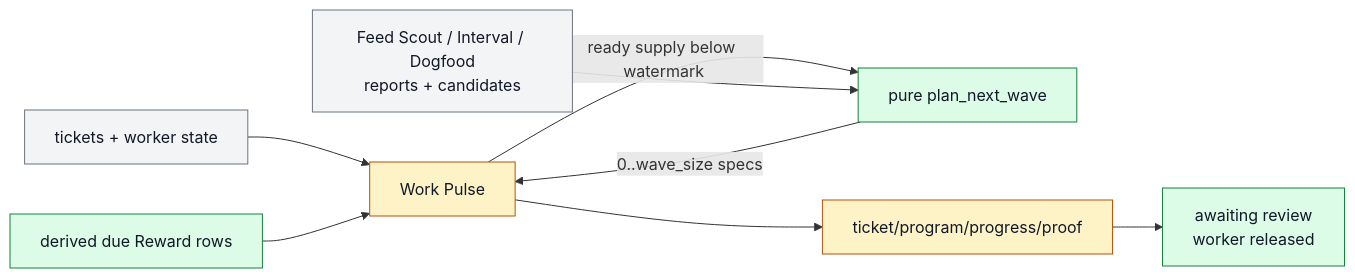
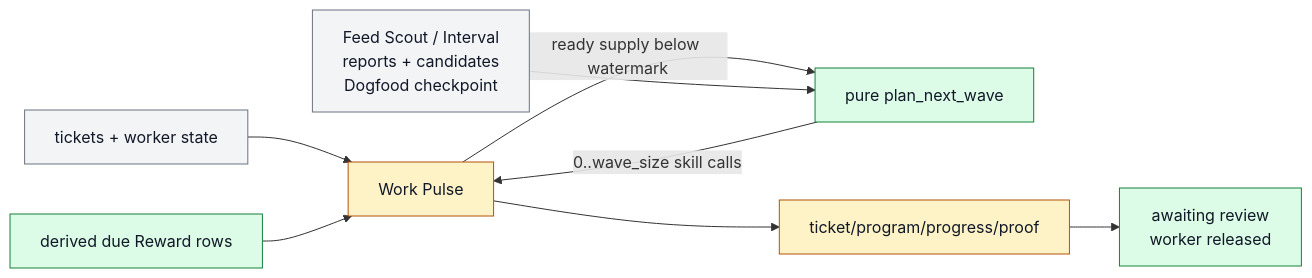
One commit to ZanarkandTechnologies/Farplane changed the diagram in docs/features/FEAT-0071-project-work-pulse.md. Above: the diagram before and after it, drawn with Mermaid. The commit also changed other lines of this file and 98 other files, not shown here.

````diff
--- a/docs/features/FEAT-0071-project-work-pulse.md
+++ b/docs/features/FEAT-0071-project-work-pulse.md
@@ -179,21 +194,21 @@
 ```mermaid
 flowchart LR
   classDef keep fill:#f3f4f6,stroke:#6b7280,color:#111827
   classDef changed fill:#fef3c7,stroke:#b45309,color:#111827
   classDef added fill:#dcfce7,stroke:#15803d,color:#111827
 
   board["tickets + worker state"]:::keep
   pulse["Work Pulse"]:::changed
   planner["pure plan_next_wave"]:::added
-  sources["Feed Scout / Interval / Dogfood<br/>reports + candidates"]:::keep
+  sources["Feed Scout / Interval<br/>reports + candidates<br/>Dogfood checkpoint"]:::keep
   checkin["derived due Reward rows"]:::added
   worker["ticket/program/progress/proof"]:::changed
   review["awaiting review<br/>worker released"]:::added
 
   board --> pulse
   pulse -->|"ready supply below watermark"| planner
-  planner -->|"0..wave_size specs"| pulse
+  planner -->|"0..wave_size skill calls"| pulse
   sources --> planner
   checkin --> pulse
   pulse --> worker --> review
 ```
````
